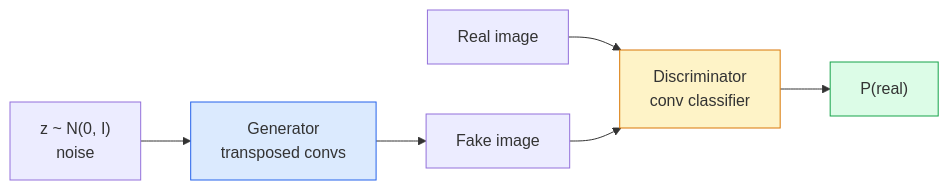
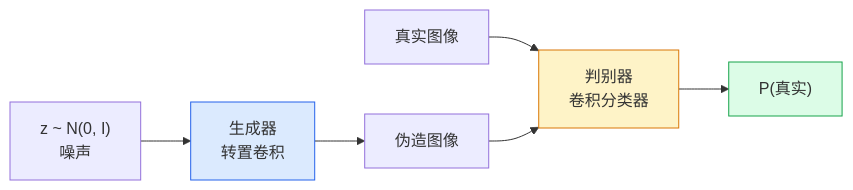
One commit to guangningsun/ailearning changed the first of 2 diagrams in lessons/04-computer-vision/09-image-generation-gans/docs/zh.md. Above: the diagram before and after it, drawn with Mermaid. The commit also changed other lines of this file and 29 other files, not shown here.

````diff
--- a/lessons/04-computer-vision/09-image-generation-gans/docs/zh.md
+++ b/lessons/04-computer-vision/09-image-generation-gans/docs/zh.md
@@ -29,12 +29,12 @@
 ```mermaid
 flowchart LR
-    Z["z ~ N(0, I)<br/>noise"] --> G["Generator<br/>transposed convs"]
-    G --> FAKE["Fake image"]
-    REAL["Real image"] --> D["Discriminator<br/>conv classifier"]
+    Z["z ~ N(0, I)<br/>噪声"] --> G["生成器<br/>转置卷积"]
+    G --> FAKE["伪造图像"]
+    REAL["真实图像"] --> D["判别器<br/>卷积分类器"]
     FAKE --> D
-    D --> OUT["P(real)"]
+    D --> OUT["P(真实)"]
 
     style G fill:#dbeafe,stroke:#2563eb
     style D fill:#fef3c7,stroke:#d97706
     style OUT fill:#dcfce7,stroke:#16a34a
 ```
````
